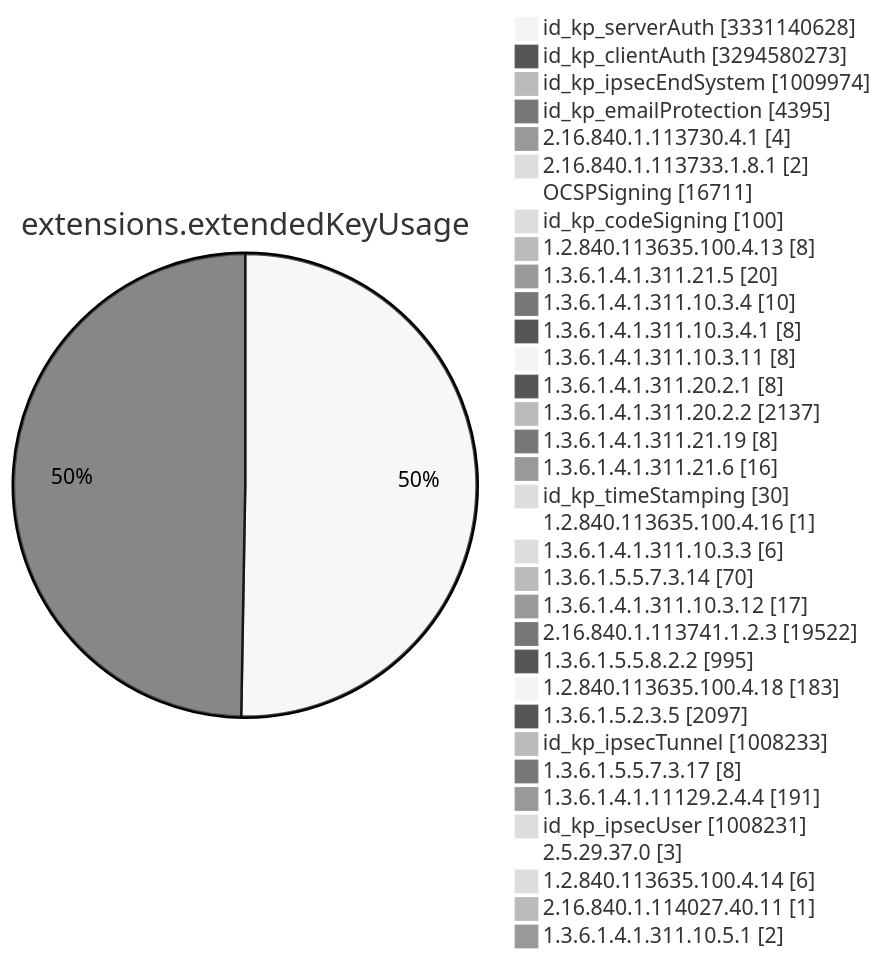
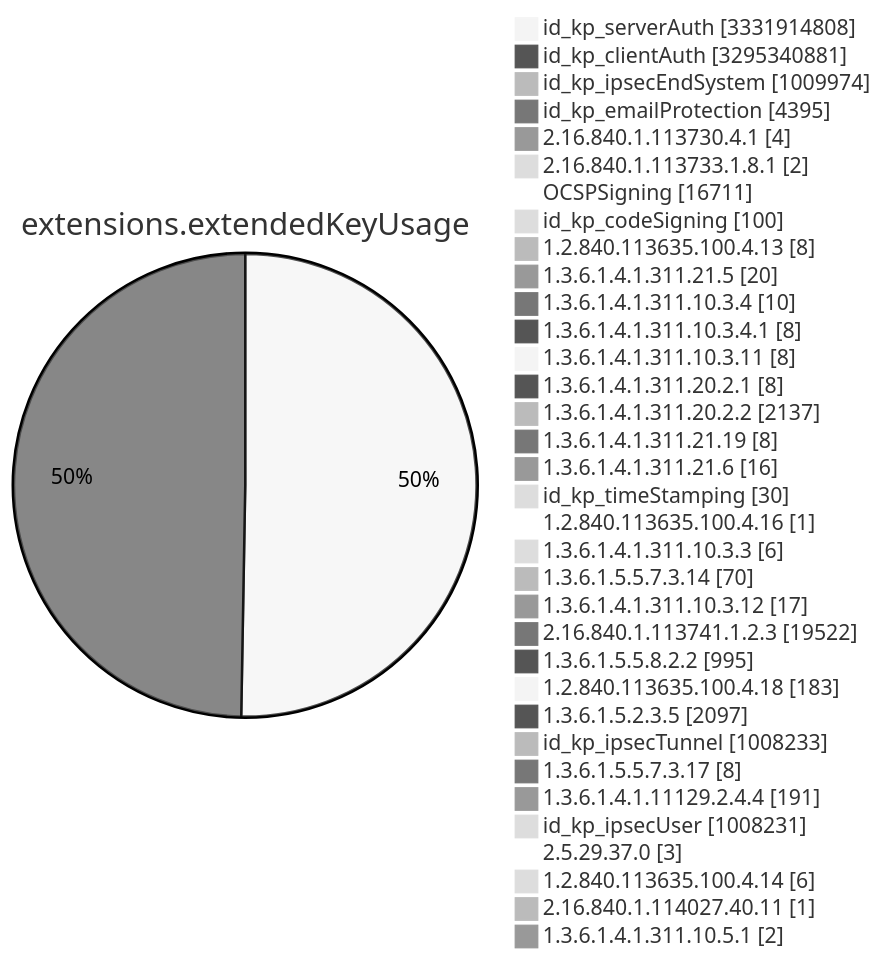
Diagram 11 of 15 in TOTAL/README.md (christiankrug/ctmonitor_visualization), drawn with Mermaid (neutral theme) before and after one commit. The commit also changed other lines of this file, not shown here.

````diff
--- a/TOTAL/README.md
+++ b/TOTAL/README.md
@@ -4120,38 +4120,38 @@
 ```mermaid
 pie showData
 title extensions.extendedKeyUsage
-"id_kp_serverAuth" :3331140628
-"id_kp_clientAuth" :3294580273
+"id_kp_serverAuth" :3331914808
+"id_kp_clientAuth" :3295340881
 "id_kp_ipsecEndSystem" :1009974
 "id_kp_emailProtection" :4395
 "2.16.840.1.113730.4.1" :4
 "2.16.840.1.113733.1.8.1" :2
 "OCSPSigning" :16711
 "id_kp_codeSigning" :100
 "1.2.840.113635.100.4.13" :8
 "1.3.6.1.4.1.311.21.5" :20
 "1.3.6.1.4.1.311.10.3.4" :10
 "1.3.6.1.4.1.311.10.3.4.1" :8
 "1.3.6.1.4.1.311.10.3.11" :8
 "1.3.6.1.4.1.311.20.2.1" :8
 "1.3.6.1.4.1.311.20.2.2" :2137
 "1.3.6.1.4.1.311.21.19" :8
 "1.3.6.1.4.1.311.21.6" :16
 "id_kp_timeStamping" :30
 "1.2.840.113635.100.4.16" :1
 "1.3.6.1.4.1.311.10.3.3" :6
 "1.3.6.1.5.5.7.3.14" :70
 "1.3.6.1.4.1.311.10.3.12" :17
 "2.16.840.1.113741.1.2.3" :19522
 "1.3.6.1.5.5.8.2.2" :995
 "1.2.840.113635.100.4.18" :183
 "1.3.6.1.5.2.3.5" :2097
 "id_kp_ipsecTunnel" :1008233
 "1.3.6.1.5.5.7.3.17" :8
 "1.3.6.1.4.1.11129.2.4.4" :191
 "id_kp_ipsecUser" :1008231
 "2.5.29.37.0" :3
 "1.2.840.113635.100.4.14" :6
 "2.16.840.1.114027.40.11" :1
 "1.3.6.1.4.1.311.10.5.1" :2
 ```
````
